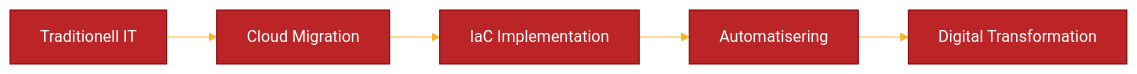
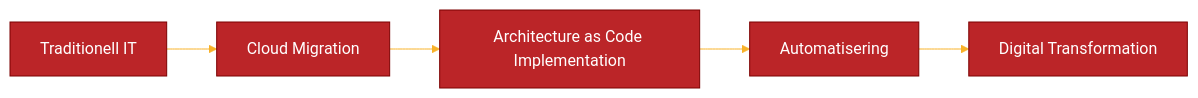
Before and after one commit to Geonitab/architecture_as_code: the diagram in docs/images/diagram_10_kapitel8.mmd, drawn with Mermaid. The commit also changed 43 other files, not shown here.

```diff
--- a/docs/images/diagram_10_kapitel8.mmd
+++ b/docs/images/diagram_10_kapitel8.mmd
@@ -1,16 +1,16 @@
 ---
 config:
   theme: 'base'
   themeVariables:
     primaryColor: '#BB2528'
     primaryTextColor: '#fff'
     primaryBorderColor: '#7C0000'
     lineColor: '#F8B229'
     secondaryColor: '#006100'
     tertiaryColor: '#fff'
 ---
 graph LR
     A[Traditionell IT] --> B[Cloud Migration]
-    B --> C[IaC Implementation]
+    B --> C[Architecture as Code Implementation]
     C --> D[Automatisering]
     D --> E[Digital Transformation]
```
